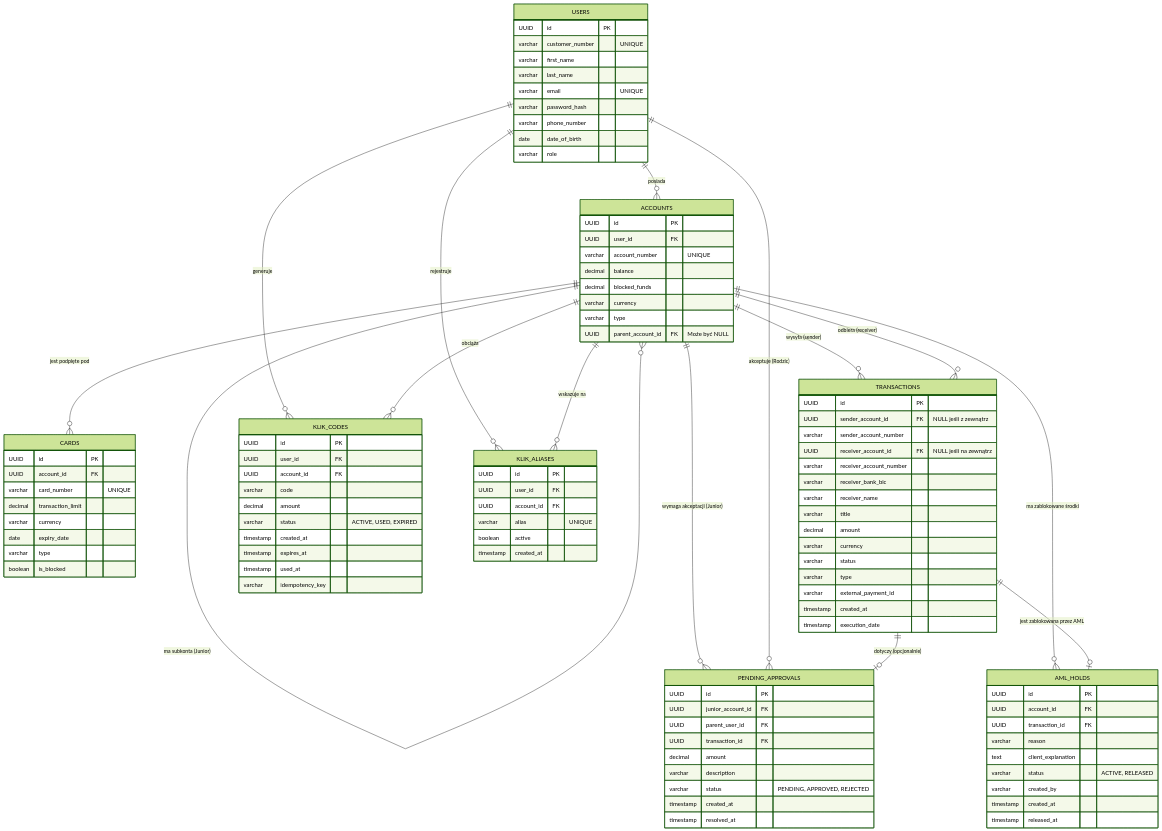
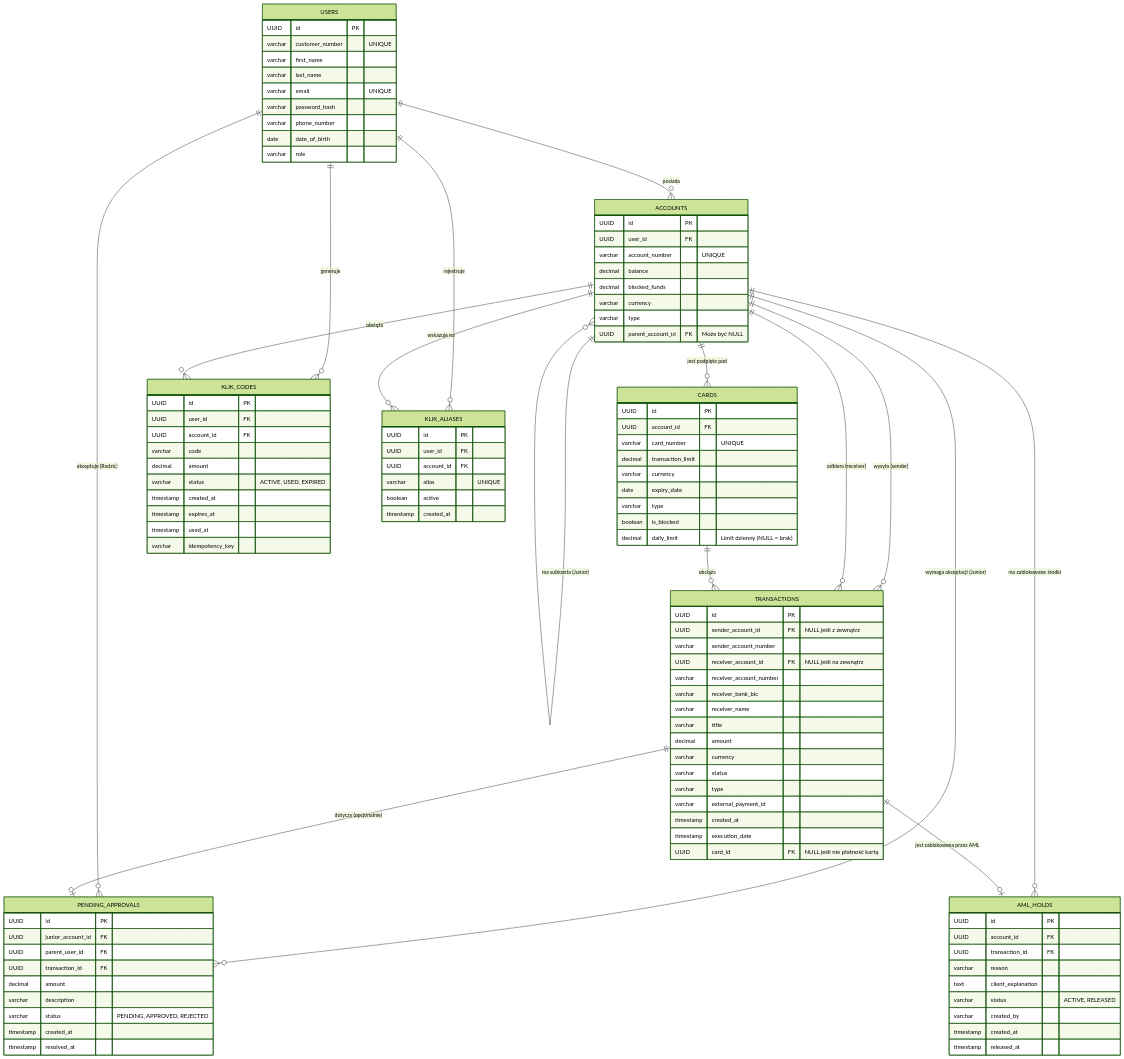
Before and after one commit to DominikDz3/polish-bank-a: the second of 2 diagrams in README.md, drawn with Mermaid (forest theme). The commit also changed 4 other files, not shown here.

Commit message:
db: add a daily card limit and link transactions to the card

````diff
--- a/README.md
+++ b/README.md
@@ -246,6 +246,7 @@
         date expiry_date
         varchar type
         boolean is_blocked
+        decimal daily_limit "Limit dzienny (NULL = brak)"
     }
 
     TRANSACTIONS {
@@ -264,6 +265,7 @@
         varchar external_payment_id
         timestamp created_at
         timestamp execution_date
+        UUID card_id FK "NULL jeśli nie płatność kartą"        
     }
 
     %% ==========================================
@@ -342,4 +344,6 @@
     ACCOUNTS ||--o{ AML_HOLDS : "ma zablokowane środki"
     TRANSACTIONS ||--o| AML_HOLDS : "jest zablokowana przez AML"
 
+    CARDS ||--o{ TRANSACTIONS : "obciąża"
+
 ```
````
